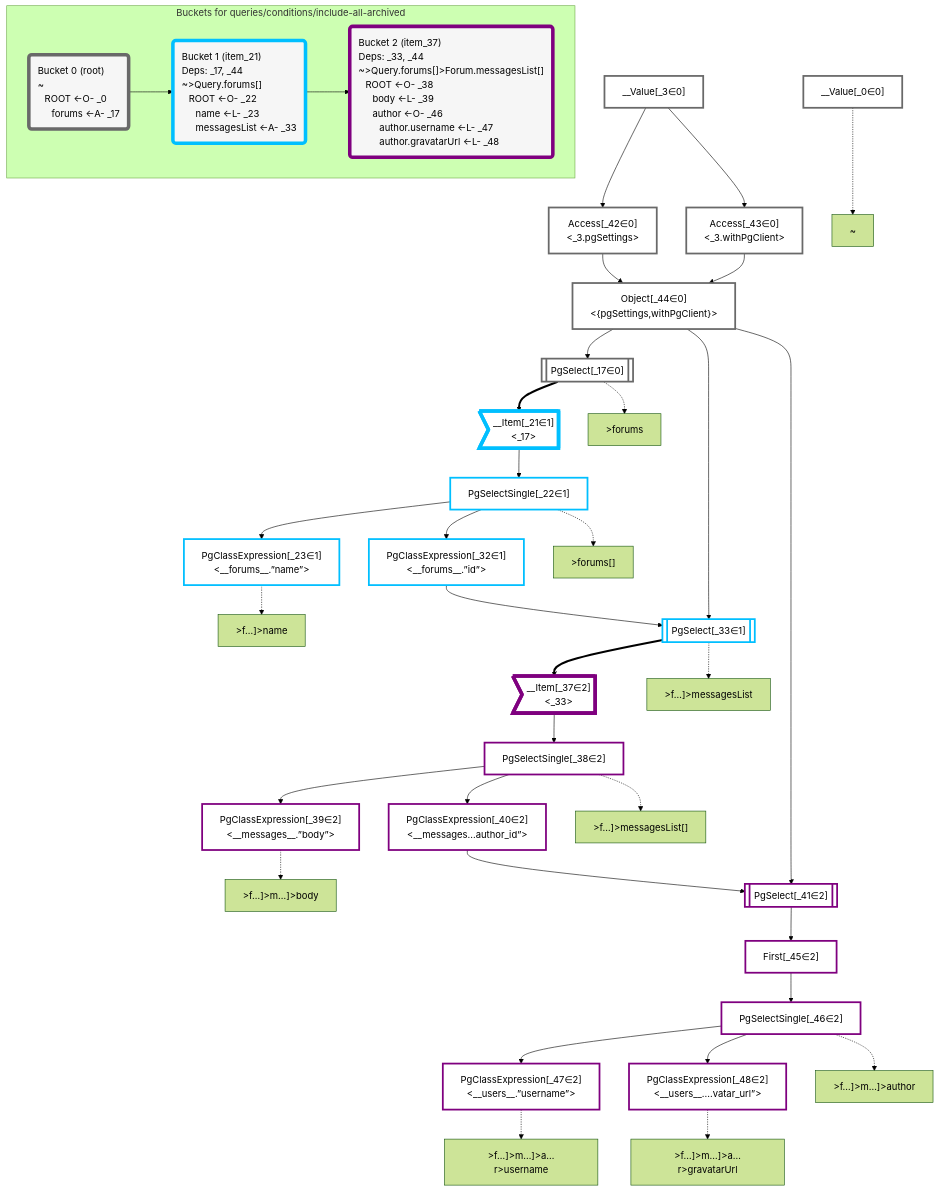
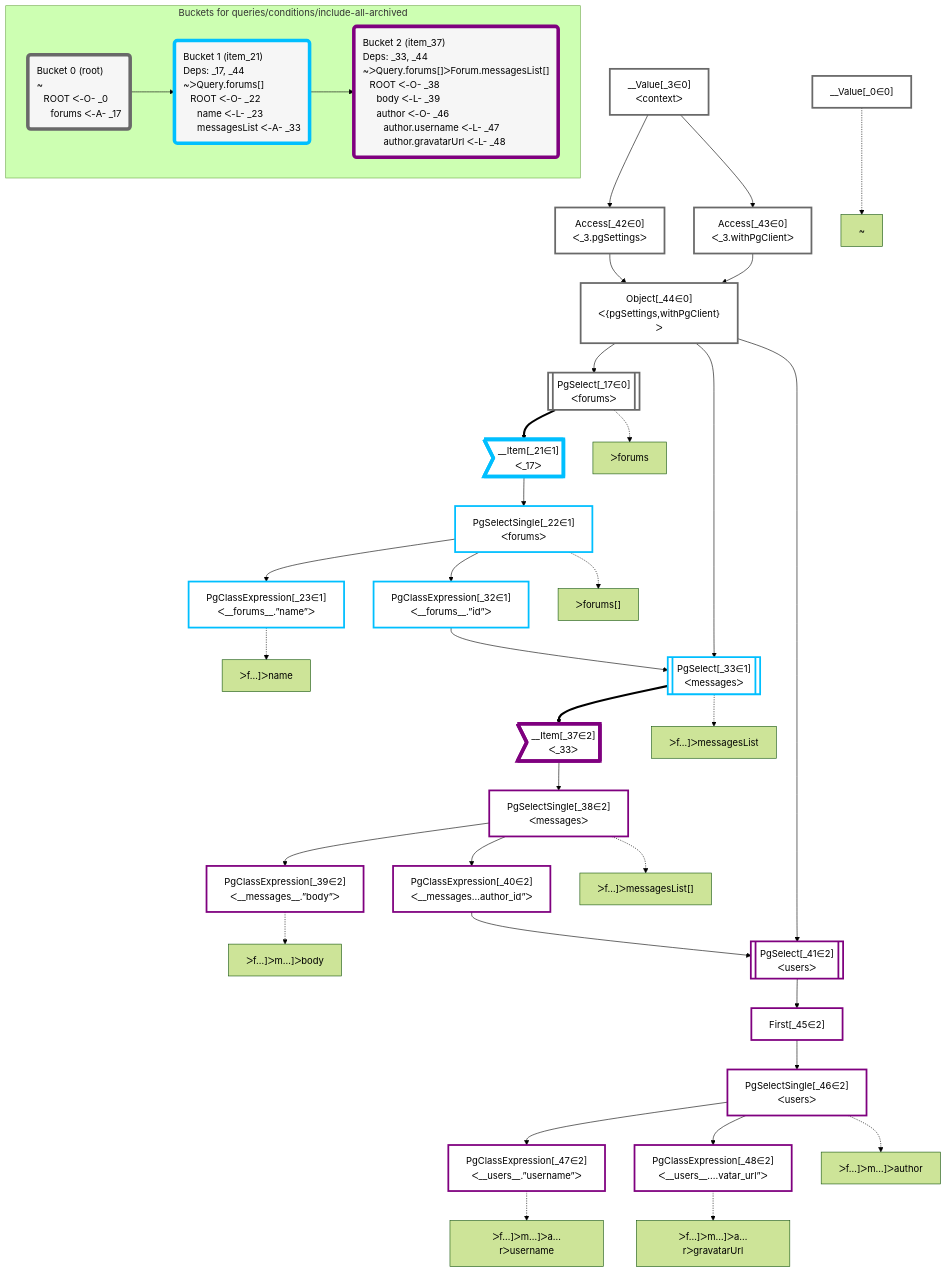
Before and after one commit to graphile/crystal: the diagram in packages/dataplan-pg/__tests__/queries/conditions/include-all-archived.deopt.mermaid.md, drawn with Mermaid (forest theme). The commit also changed 195 other files, not shown here.

```diff
--- a/packages/dataplan-pg/__tests__/queries/conditions/include-all-archived.deopt.mermaid.md
+++ b/packages/dataplan-pg/__tests__/queries/conditions/include-all-archived.deopt.mermaid.md
@@ -9,25 +9,25 @@
 
     %% define plans
     __Value_0["__Value[_0∈0]"]:::plan
-    __Value_3["__Value[_3∈0]<br /><context>"]:::plan
-    PgSelect_17[["PgSelect[_17∈0]<br /><forums>"]]:::plan
-    __Item_21>"__Item[_21∈1]<br /><_17>"]:::itemplan
-    PgSelectSingle_22["PgSelectSingle[_22∈1]<br /><forums>"]:::plan
-    PgClassExpression_23["PgClassExpression[_23∈1]<br /><__forums__.”name”>"]:::plan
-    PgClassExpression_32["PgClassExpression[_32∈1]<br /><__forums__.”id”>"]:::plan
-    PgSelect_33[["PgSelect[_33∈1]<br /><messages>"]]:::plan
-    __Item_37>"__Item[_37∈2]<br /><_33>"]:::itemplan
-    PgSelectSingle_38["PgSelectSingle[_38∈2]<br /><messages>"]:::plan
-    PgClassExpression_39["PgClassExpression[_39∈2]<br /><__messages__.”body”>"]:::plan
-    PgClassExpression_40["PgClassExpression[_40∈2]<br /><__messages...author_id”>"]:::plan
-    PgSelect_41[["PgSelect[_41∈2]<br /><users>"]]:::plan
-    Access_42["Access[_42∈0]<br /><_3.pgSettings>"]:::plan
-    Access_43["Access[_43∈0]<br /><_3.withPgClient>"]:::plan
-    Object_44["Object[_44∈0]<br /><{pgSettings,withPgClient}>"]:::plan
+    __Value_3["__Value[_3∈0]<br />ᐸcontextᐳ"]:::plan
+    PgSelect_17[["PgSelect[_17∈0]<br />ᐸforumsᐳ"]]:::plan
+    __Item_21>"__Item[_21∈1]<br />ᐸ_17ᐳ"]:::itemplan
+    PgSelectSingle_22["PgSelectSingle[_22∈1]<br />ᐸforumsᐳ"]:::plan
+    PgClassExpression_23["PgClassExpression[_23∈1]<br />ᐸ__forums__.”name”ᐳ"]:::plan
+    PgClassExpression_32["PgClassExpression[_32∈1]<br />ᐸ__forums__.”id”ᐳ"]:::plan
+    PgSelect_33[["PgSelect[_33∈1]<br />ᐸmessagesᐳ"]]:::plan
+    __Item_37>"__Item[_37∈2]<br />ᐸ_33ᐳ"]:::itemplan
+    PgSelectSingle_38["PgSelectSingle[_38∈2]<br />ᐸmessagesᐳ"]:::plan
+    PgClassExpression_39["PgClassExpression[_39∈2]<br />ᐸ__messages__.”body”ᐳ"]:::plan
+    PgClassExpression_40["PgClassExpression[_40∈2]<br />ᐸ__messages...author_id”ᐳ"]:::plan
+    PgSelect_41[["PgSelect[_41∈2]<br />ᐸusersᐳ"]]:::plan
+    Access_42["Access[_42∈0]<br />ᐸ_3.pgSettingsᐳ"]:::plan
+    Access_43["Access[_43∈0]<br />ᐸ_3.withPgClientᐳ"]:::plan
+    Object_44["Object[_44∈0]<br />ᐸ{pgSettings,withPgClient}ᐳ"]:::plan
     First_45["First[_45∈2]"]:::plan
-    PgSelectSingle_46["PgSelectSingle[_46∈2]<br /><users>"]:::plan
-    PgClassExpression_47["PgClassExpression[_47∈2]<br /><__users__.”username”>"]:::plan
-    PgClassExpression_48["PgClassExpression[_48∈2]<br /><__users__....vatar_url”>"]:::plan
+    PgSelectSingle_46["PgSelectSingle[_46∈2]<br />ᐸusersᐳ"]:::plan
+    PgClassExpression_47["PgClassExpression[_47∈2]<br />ᐸ__users__.”username”ᐳ"]:::plan
+    PgClassExpression_48["PgClassExpression[_48∈2]<br />ᐸ__users__....vatar_url”ᐳ"]:::plan
 
     %% plan dependencies
     Object_44 --> PgSelect_17
@@ -55,23 +55,23 @@
     %% plan-to-path relationships
     P_0["~"]
     __Value_0 -.-> P_0
-    P_17[">forums"]
+    P_17["ᐳforums"]
     PgSelect_17 -.-> P_17
-    P_22[">forums[]"]
+    P_22["ᐳforums[]"]
     PgSelectSingle_22 -.-> P_22
-    P_23[">f…]>name"]
+    P_23["ᐳf…]ᐳname"]
     PgClassExpression_23 -.-> P_23
-    P_33[">f…]>messagesList"]
+    P_33["ᐳf…]ᐳmessagesList"]
     PgSelect_33 -.-> P_33
-    P_38[">f…]>messagesList[]"]
+    P_38["ᐳf…]ᐳmessagesList[]"]
     PgSelectSingle_38 -.-> P_38
-    P_39[">f…]>m…]>body"]
+    P_39["ᐳf…]ᐳm…]ᐳbody"]
     PgClassExpression_39 -.-> P_39
-    P_46[">f…]>m…]>author"]
+    P_46["ᐳf…]ᐳm…]ᐳauthor"]
     PgSelectSingle_46 -.-> P_46
-    P_47[">f…]>m…]>a…r>username"]
+    P_47["ᐳf…]ᐳm…]ᐳa…rᐳusername"]
     PgClassExpression_47 -.-> P_47
-    P_48[">f…]>m…]>a…r>gravatarUrl"]
+    P_48["ᐳf…]ᐳm…]ᐳa…rᐳgravatarUrl"]
     PgClassExpression_48 -.-> P_48
 
     %% allocate buckets
@@ -83,12 +83,12 @@
     class __Item_37,PgSelectSingle_38,PgClassExpression_39,PgClassExpression_40,PgSelect_41,First_45,PgSelectSingle_46,PgClassExpression_47,PgClassExpression_48 bucket2
 
     subgraph "Buckets for queries/conditions/include-all-archived"
-    Bucket0("Bucket 0 (root)<br />~<br />⠀ROOT <-O- _0<br />⠀⠀forums <-A- _17"):::bucket
+    Bucket0("Bucket 0 (root)<br />~<br />⠀ROOT ᐸ-O- _0<br />⠀⠀forums ᐸ-A- _17"):::bucket
     style Bucket0 stroke:#696969
-    Bucket1("Bucket 1 (item_21)<br />Deps: _17, _44<br />~>Query.forums[]<br />⠀ROOT <-O- _22<br />⠀⠀name <-L- _23<br />⠀⠀messagesList <-A- _33"):::bucket
+    Bucket1("Bucket 1 (item_21)<br />Deps: _17, _44<br />~ᐳQuery.forums[]<br />⠀ROOT ᐸ-O- _22<br />⠀⠀name ᐸ-L- _23<br />⠀⠀messagesList ᐸ-A- _33"):::bucket
     style Bucket1 stroke:#00bfff
     Bucket0 --> Bucket1
-    Bucket2("Bucket 2 (item_37)<br />Deps: _33, _44<br />~>Query.forums[]>Forum.messagesList[]<br />⠀ROOT <-O- _38<br />⠀⠀body <-L- _39<br />⠀⠀author <-O- _46<br />⠀⠀⠀author.username <-L- _47<br />⠀⠀⠀author.gravatarUrl <-L- _48"):::bucket
+    Bucket2("Bucket 2 (item_37)<br />Deps: _33, _44<br />~ᐳQuery.forums[]ᐳForum.messagesList[]<br />⠀ROOT ᐸ-O- _38<br />⠀⠀body ᐸ-L- _39<br />⠀⠀author ᐸ-O- _46<br />⠀⠀⠀author.username ᐸ-L- _47<br />⠀⠀⠀author.gravatarUrl ᐸ-L- _48"):::bucket
     style Bucket2 stroke:#7f007f
     Bucket1 --> Bucket2
     end
```
